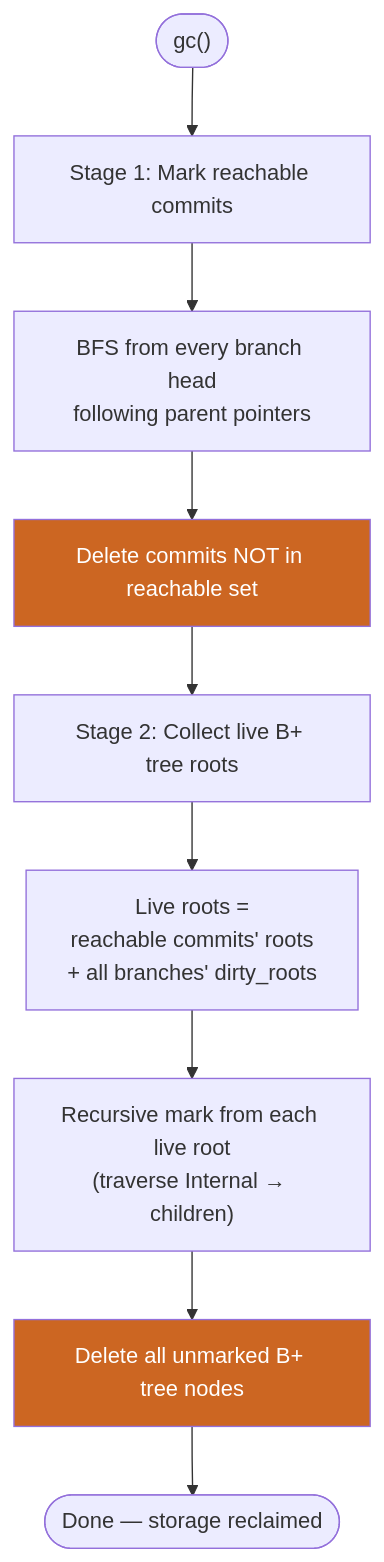
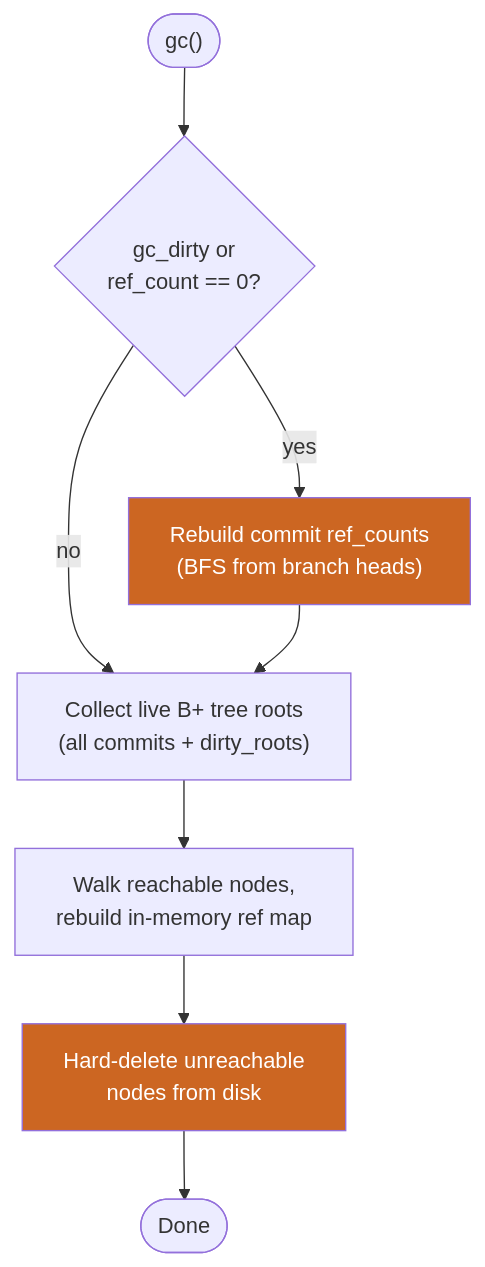
One commit to rust-util-collections/vsdb changed diagram 14 of 19 in strata/docs/versioned.md. Above: the diagram before and after it, drawn with Mermaid. The commit also changed other lines of this file and 11 other files, not shown here.

````diff
--- a/strata/docs/versioned.md
+++ b/strata/docs/versioned.md
@@ -439,15 +458,13 @@
 ```mermaid
 flowchart TD
-    Start(["gc()"]) --> S1["Stage 1: Mark reachable commits"]
-    S1 --> BFS["BFS from every branch head<br/>following parent pointers"]
-    BFS --> Sweep1["Delete commits NOT in reachable set"]
+    Start(["gc()"]) --> Check{"gc_dirty or<br/>ref_count == 0?"}
+    Check -->|yes| Rebuild["Rebuild commit ref_counts<br/>(BFS from branch heads)"]
+    Check -->|no| S2
+    Rebuild --> S2["Collect live B+ tree roots<br/>(all commits + dirty_roots)"]
+    S2 --> Mark["Walk reachable nodes,<br/>rebuild in-memory ref map"]
+    Mark --> Sweep["Hard-delete unreachable<br/>nodes from disk"]
+    Sweep --> Done(["Done"])
 
-    Sweep1 --> S2["Stage 2: Collect live B+ tree roots"]
-    S2 --> Roots["Live roots =<br/>reachable commits' roots<br/>+ all branches' dirty_roots"]
-    Roots --> Mark["Recursive mark from each live root<br/>(traverse Internal → children)"]
-    Mark --> Sweep2["Delete all unmarked B+ tree nodes"]
-    Sweep2 --> Done(["Done — storage reclaimed"])
-
-    style Sweep1 fill:#c62,color:#fff
-    style Sweep2 fill:#c62,color:#fff
+    style Rebuild fill:#c62,color:#fff
+    style Sweep fill:#c62,color:#fff
 ```
````
